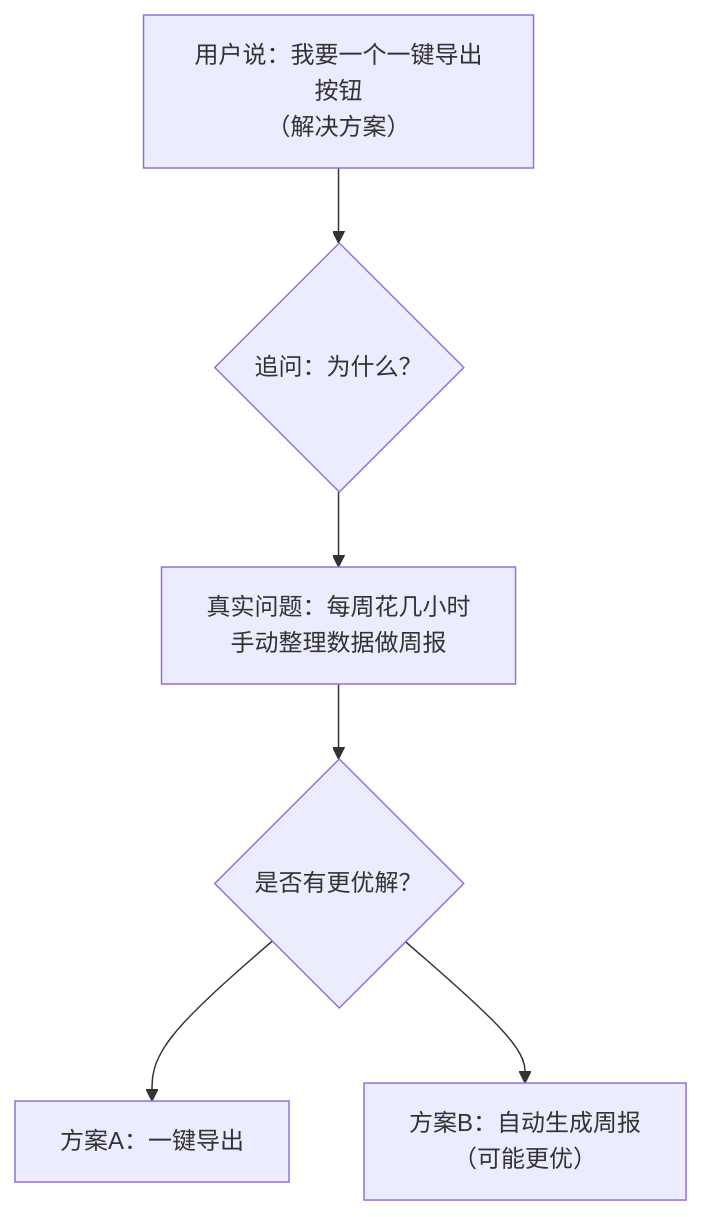
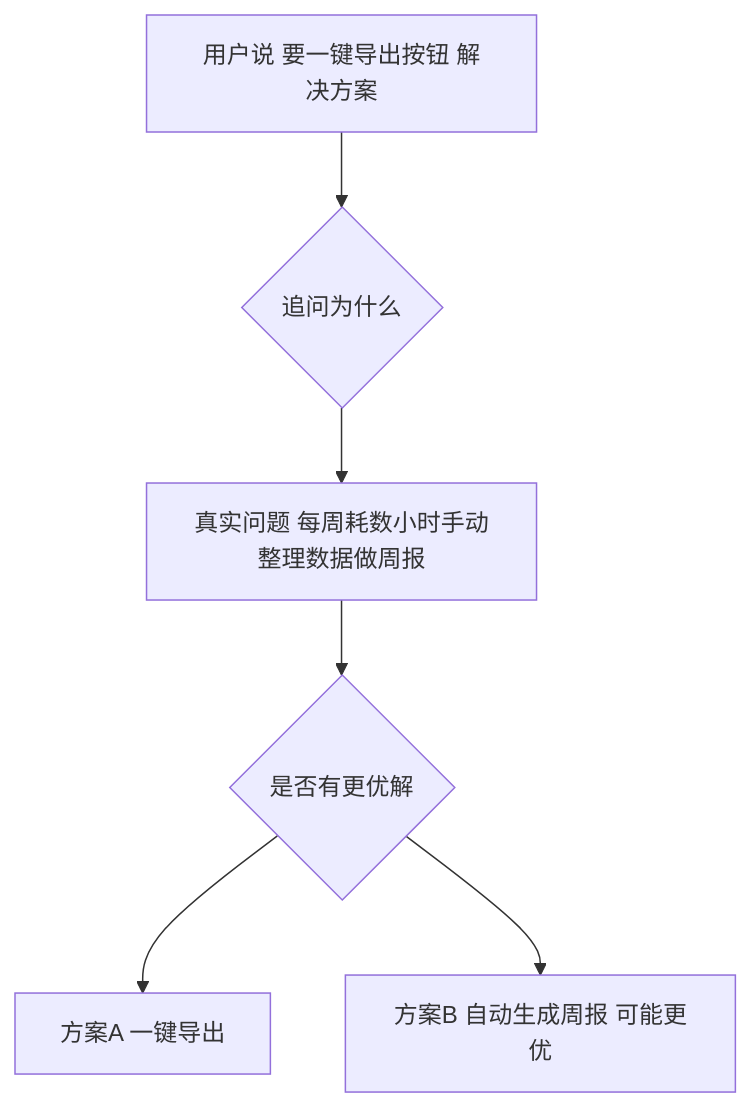
Before and after one commit to Sj-g/obsidian: the first of 7 diagrams in 计算机相关学习/需求/需求拆分和需求分析.md, drawn with Mermaid. The commit also changed other lines of this file and 4 other files, not shown here.

````diff
--- a/计算机相关学习/需求/需求拆分和需求分析.md
+++ b/计算机相关学习/需求/需求拆分和需求分析.md
@@ -46,8 +63,8 @@
 ```mermaid
 flowchart TD
-    A["用户说：我要一个一键导出按钮<br/>（解决方案）"] --> B{追问：为什么？}
-    B --> C["真实问题：每周花几小时<br/>手动整理数据做周报"]
-    C --> D{是否有更优解？}
-    D --> E["方案A：一键导出"]
-    D --> F["方案B：自动生成周报<br/>（可能更优）"]
+    A["用户说 要一键导出按钮 解决方案"] --> B{追问为什么}
+    B --> C["真实问题 每周耗数小时手动整理数据做周报"]
+    C --> D{是否有更优解}
+    D --> E["方案A 一键导出"]
+    D --> F["方案B 自动生成周报 可能更优"]
 ```
````
